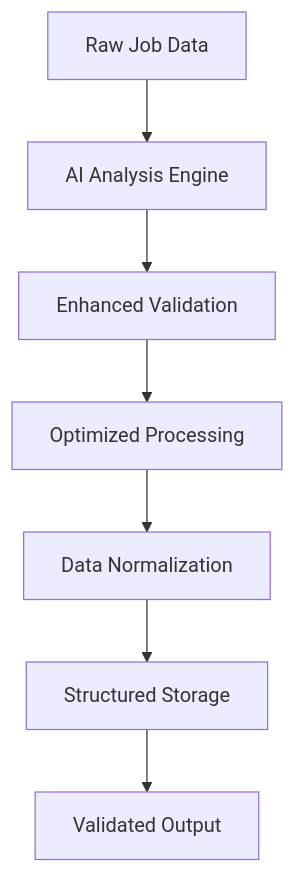
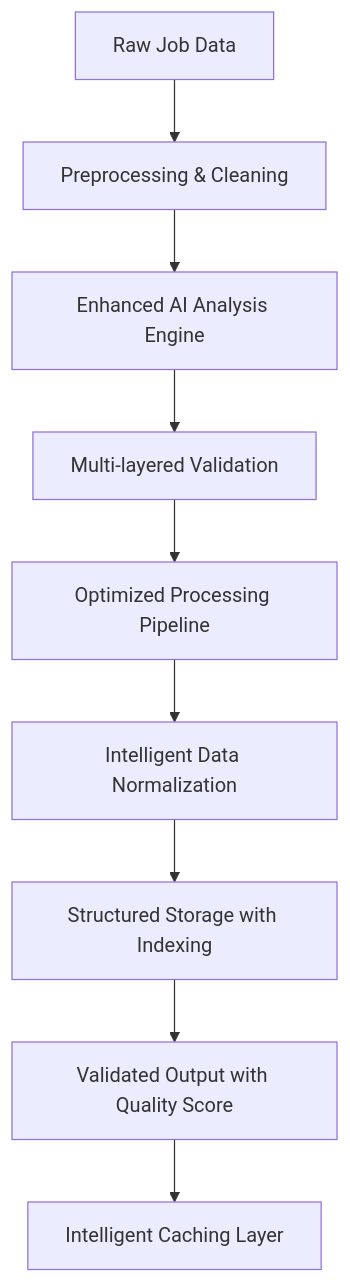
The tenth of 12 diagrams in .qoder/repowiki/en/content/Core Features/Job Application Management.md (zmyeo54/briefroom), drawn with Mermaid before and after one commit. The commit also changed other lines of this file and 37 other files, not shown here.

First line of the commit message:
feat(job-application): enhance job metadata extraction and processing capabilities

````diff
--- a/.qoder/repowiki/en/content/Core Features/Job Application Management.md
+++ b/.qoder/repowiki/en/content/Core Features/Job Application Management.md
@@ -472,9 +534,11 @@
 ```mermaid
 flowchart TD
-Input["Raw Job Data"] --> AI["AI Analysis Engine"]
-AI --> Validate["Enhanced Validation"]
-Validate --> Process["Optimized Processing"]
-Process --> Normalize["Data Normalization"]
-Normalize --> Store["Structured Storage"]
-Store --> Output["Validated Output"]
+Input["Raw Job Data"] --> PreProcess["Preprocessing & Cleaning"]
+PreProcess --> AI["Enhanced AI Analysis Engine"]
+AI --> Validate["Multi-layered Validation"]
+Validate --> Process["Optimized Processing Pipeline"]
+Process --> Normalize["Intelligent Data Normalization"]
+Normalize --> Store["Structured Storage with Indexing"]
+Store --> Output["Validated Output with Quality Score"]
+Output --> Cache["Intelligent Caching Layer"]
 ```
````
